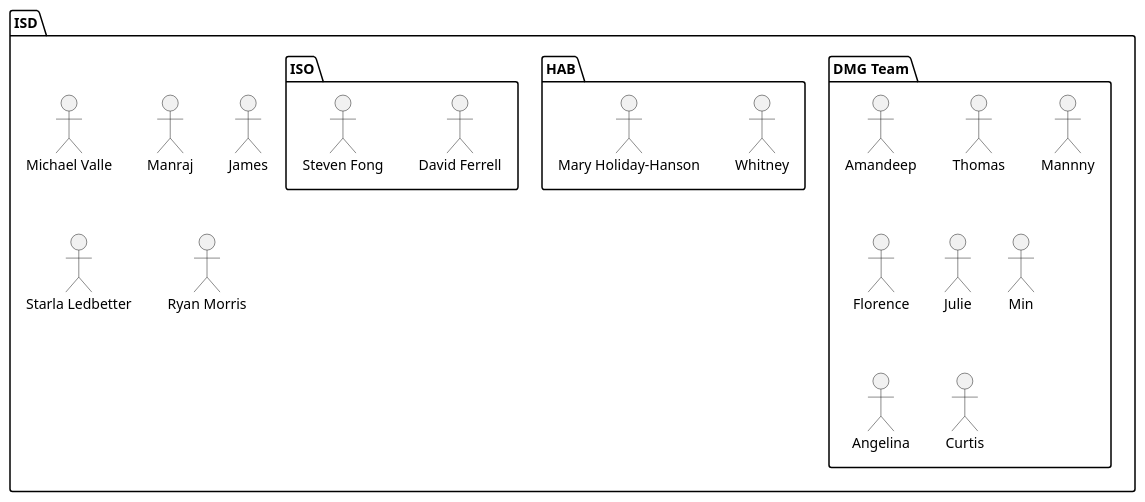
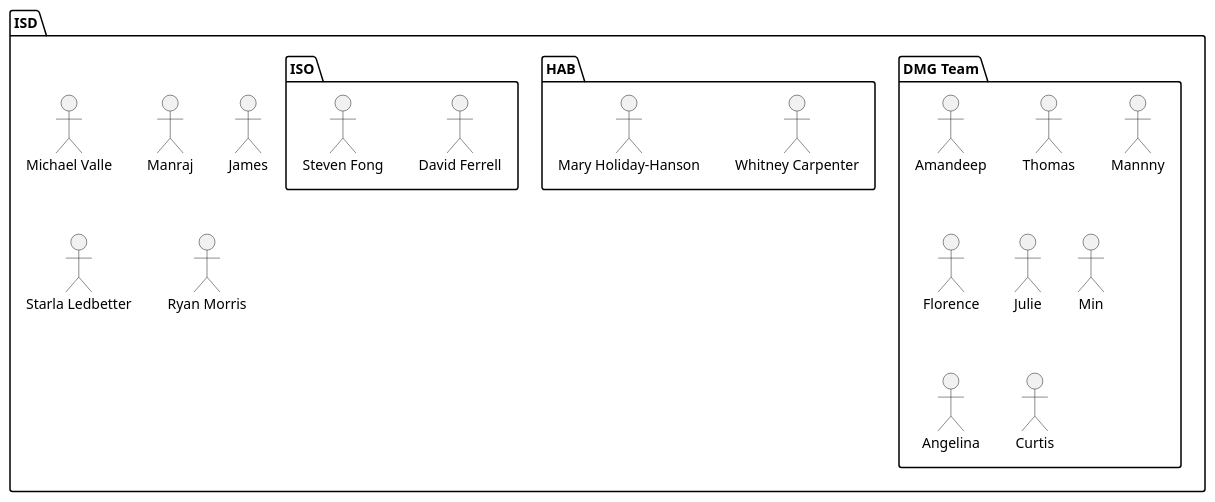
Before and after one commit to msingh-oshpd/dataops-docs: the diagram in actors.puml, drawn with PlantUML.

```diff
--- a/actors.puml
+++ b/actors.puml
@@ -1,26 +1,26 @@
 package "ISD" as isd {
   package "DMG Team" as dmg {
     actor "Amandeep" as aman
     actor "Thomas" as thomas
     actor "Mannny" as manny
     actor "Florence" as florence
     actor "Julie" as julie
     actor "Min" as min
     actor "Angelina" as angelina
     actor "Curtis" as curtis
   }
   package "HAB" as hab {
-    actor "Whitney" as whitney
+    actor "Whitney Carpenter" as whitney
     actor "Mary Holiday-Hanson" as maryhh
   }
 
   package "ISO" as iso {
     actor "David Ferrell" as davidf
     actor "Steven Fong" as stevenf
   }
   actor "Michael Valle" as michaelv
   actor "Manraj" as manraj
   actor "James" as james
   actor "Starla Ledbetter" as starla
   actor "Ryan Morris" as ryan  
 }
```
